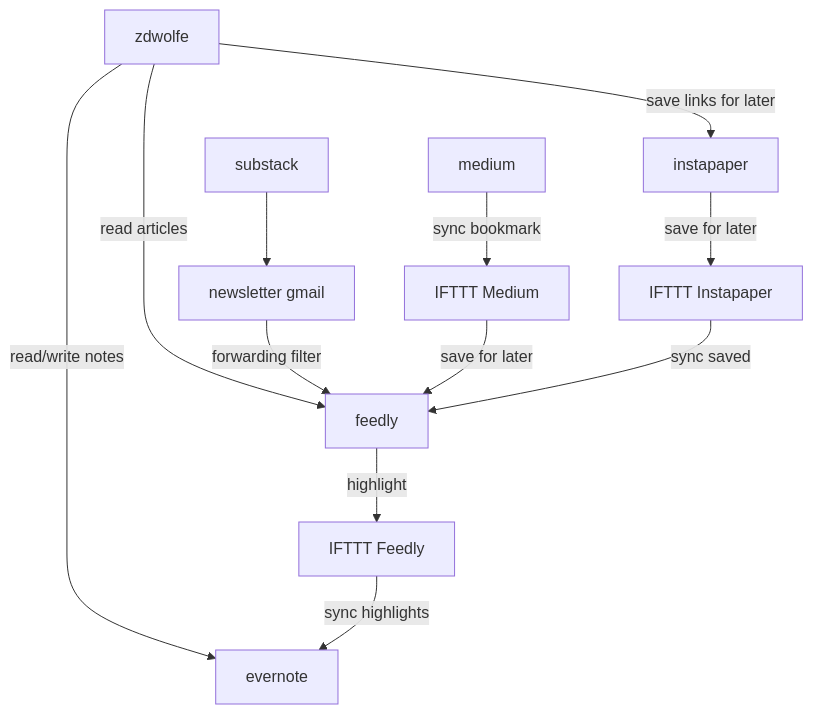
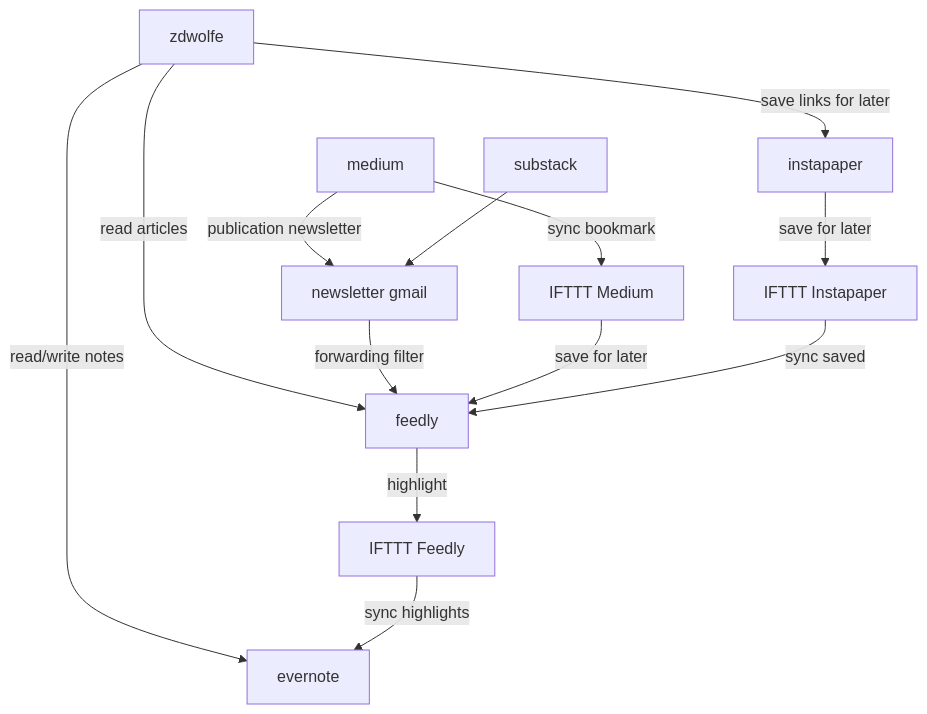
The diagram in README.md (zdwolfe/reading), drawn with Mermaid before and after one commit.

Commit message:
Add medium publication to feedly

````diff
--- a/README.md
+++ b/README.md
@@ -7,18 +7,20 @@
 ```mermaid
   graph TD;
       me[zdwolfe] -- read articles --> feedly;
       me -- read/write notes --> ever[evernote];
       me -- save links for later --> insta[instapaper];
       
+      medium -- publication newsletter --> nEmail;
       substack --> nEmail[newsletter gmail];
       nEmail -- forwarding filter --> feedly;
       
       medium -- sync bookmark --> iftttMedium[IFTTT Medium];
       iftttMedium -- save for later --> feedly;
+      
       
       insta -- save for later --> iftttInsta[IFTTT Instapaper];
       iftttInsta -- sync saved --> feedly;
       
       feedly -- highlight --> iftttFeedlyH[IFTTT Feedly];
       iftttFeedlyH -- sync highlights --> ever;      
 ```
````
